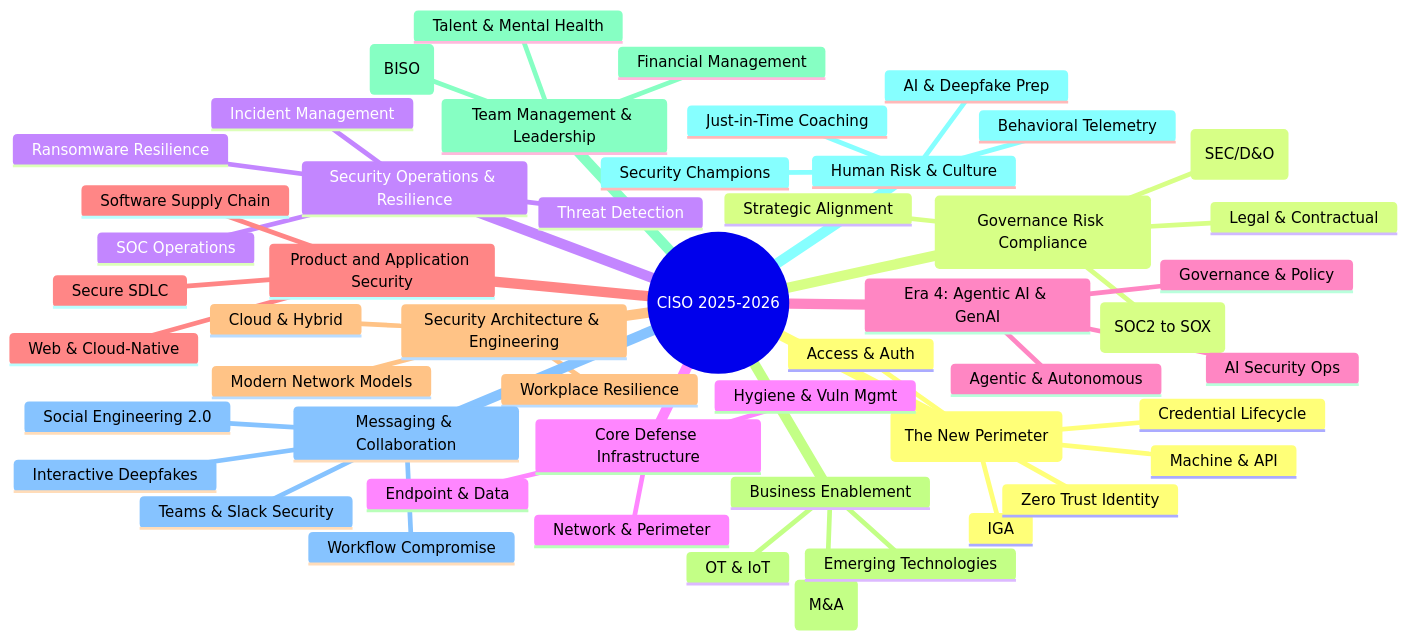
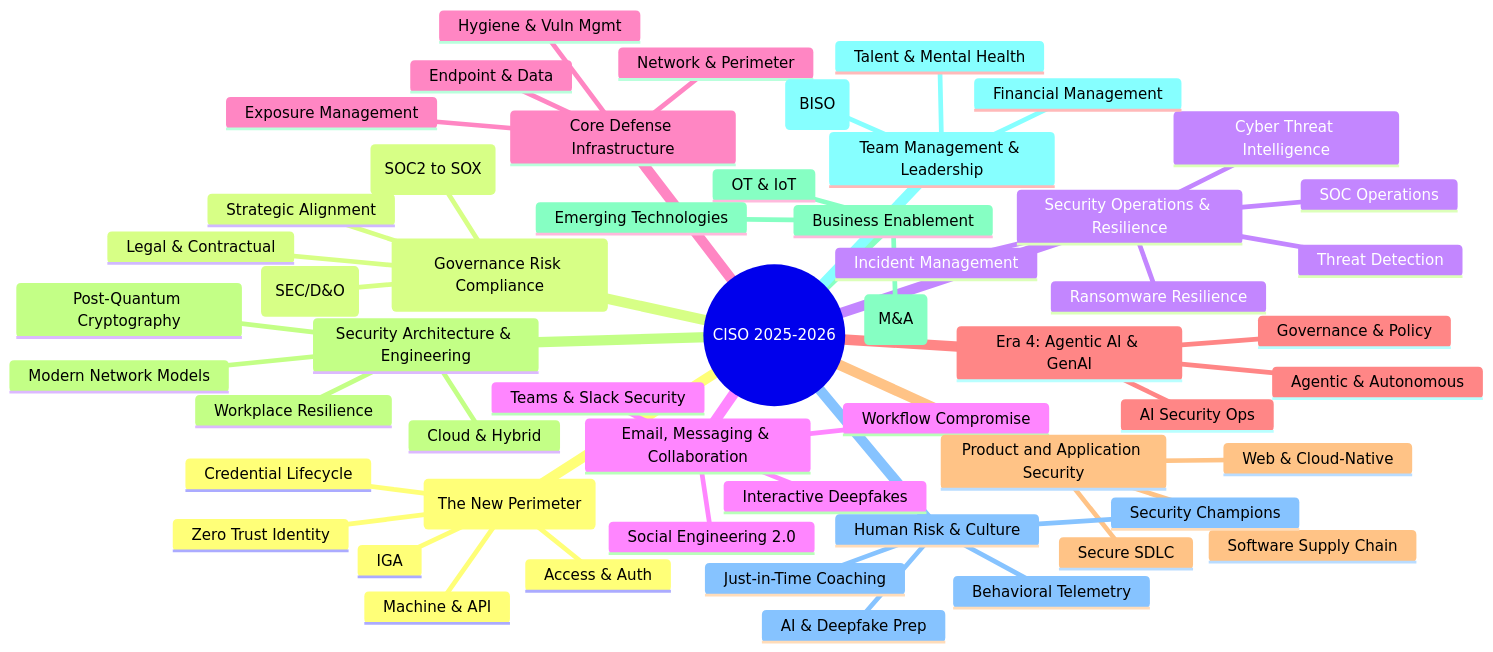
One commit to mdfranz/cheetsheetz changed the diagram in ciso/research/CISO_MindMap_2025_Text.md. Above: the diagram before and after it, drawn with Mermaid. The commit also changed other lines of this file, not shown here.

````diff
--- a/ciso/research/CISO_MindMap_2025_Text.md
+++ b/ciso/research/CISO_MindMap_2025_Text.md
@@ -5,54 +5,57 @@
 ```mermaid
 mindmap
   root((CISO 2025-2026))
     Identity (The New Perimeter)
       IGA
       Credential Lifecycle
       Access & Auth
       Machine & API
       Zero Trust Identity
     GRC (Governance Risk Compliance)
       Strategic Alignment
       Risk & Liability (SEC/D&O)
       Compliance (SOC2 to SOX)
       Legal & Contractual
     Security Operations & Resilience
       Threat Detection
+      Cyber Threat Intelligence
       SOC Operations
       Incident Management
       Ransomware Resilience
+    Email, Messaging & Collaboration
+      Social Engineering 2.0
+      Workflow Compromise
+      Teams & Slack Security
+      Interactive Deepfakes
     Core Defense Infrastructure
       Network & Perimeter
       Endpoint & Data
       Hygiene & Vuln Mgmt
+      Exposure Management
     Era 4: Agentic AI & GenAI
       Governance & Policy
       Agentic & Autonomous
       AI Security Ops
     Product and Application Security
       Secure SDLC
       Software Supply Chain
       Web & Cloud-Native
     Security Architecture & Engineering
       Cloud & Hybrid
       Modern Network Models
+      Post-Quantum Cryptography
       Workplace Resilience
     Business Enablement
       Strategic Growth (M&A)
       OT & IoT
       Emerging Technologies
     Team Management & Leadership
       Organizational Design (BISO)
       Financial Management
       Talent & Mental Health
     Human Risk & Culture
       Behavioral Telemetry
       Just-in-Time Coaching
       AI & Deepfake Prep
       Security Champions
-    Messaging & Collaboration
-      Social Engineering 2.0
-      Workflow Compromise
-      Teams & Slack Security
-      Interactive Deepfakes
 ```
````
